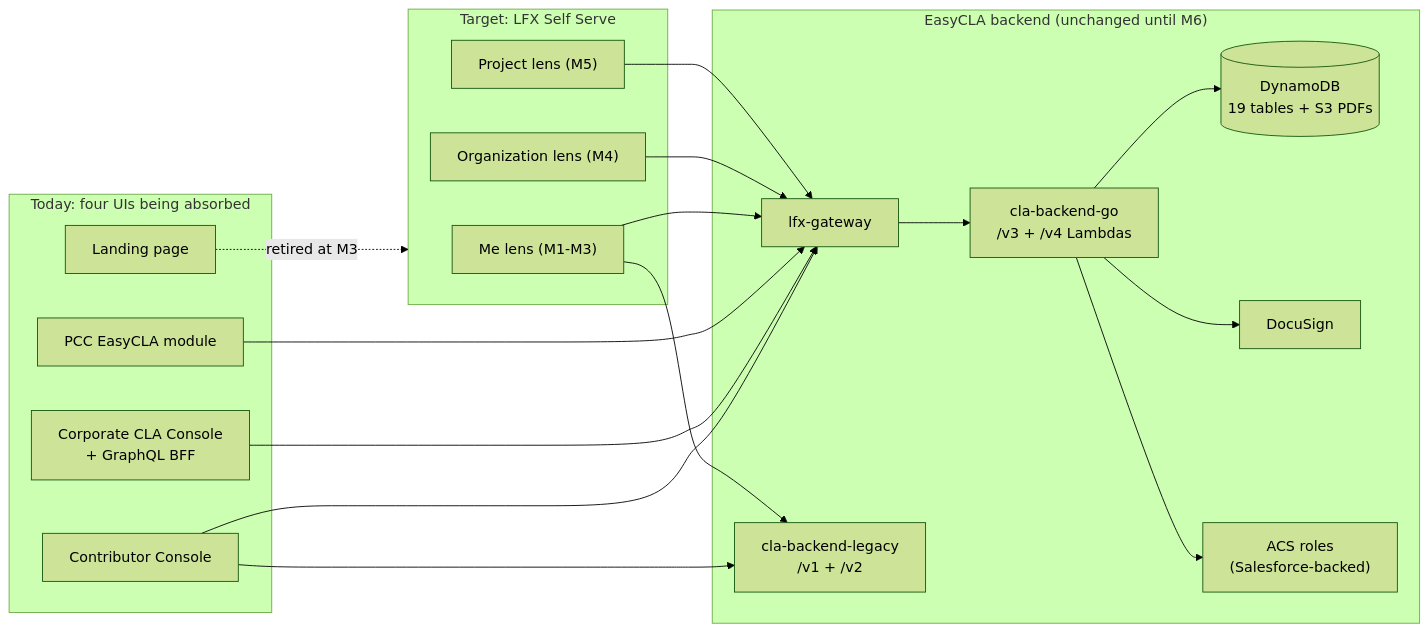
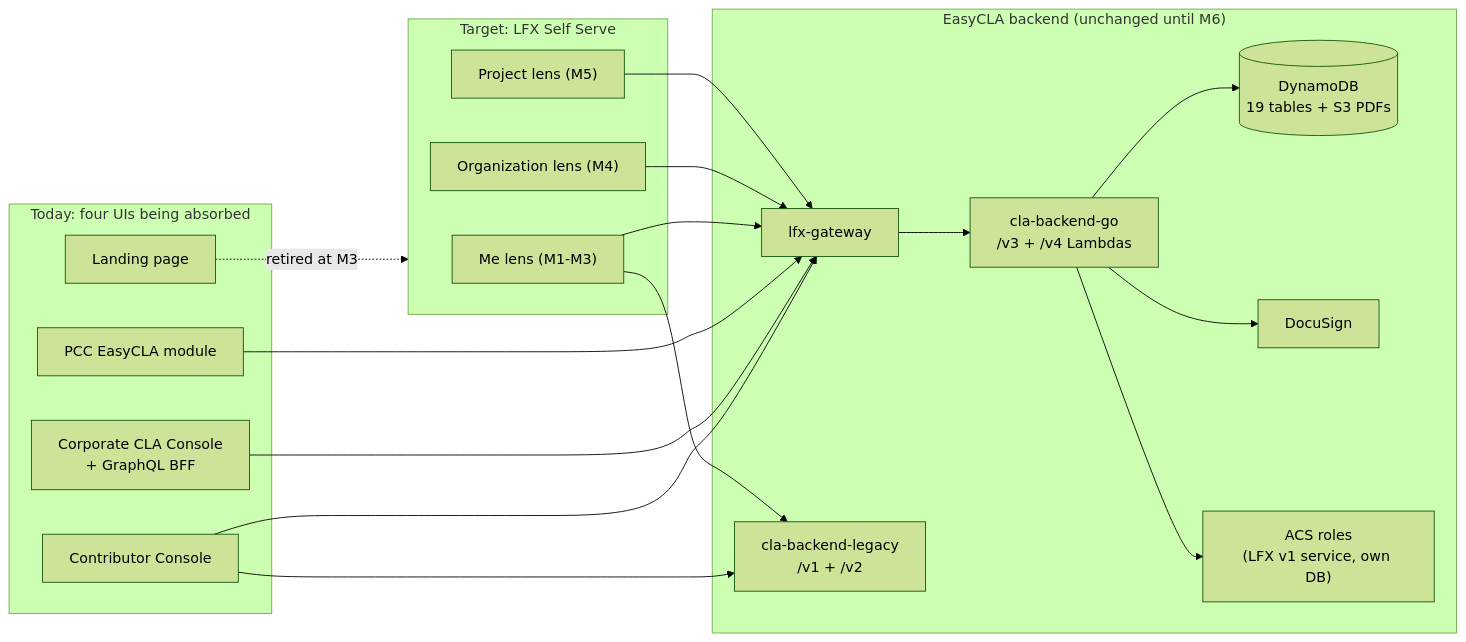
Before and after one commit to linuxfoundation/easycla: the diagram in docs/easycla-ss-migration/architecture-proposal.md, drawn with Mermaid (forest theme). The commit also changed other lines of this file and 4 other files, not shown here.

First line of the commit message:
docs: incorporate architecture review feedback (Eric, 2026-07-20)

````diff
--- a/docs/easycla-ss-migration/architecture-proposal.md
+++ b/docs/easycla-ss-migration/architecture-proposal.md
@@ -15,35 +15,35 @@
 ```mermaid
 flowchart LR
     subgraph TODAY["Today: four UIs being absorbed"]
         CTC["Contributor Console"]
         CCC["Corporate CLA Console<br/>+ GraphQL BFF"]
         PCC["PCC EasyCLA module"]
         LP["Landing page"]
     end
     subgraph TARGET["Target: LFX Self Serve"]
         ME["Me lens (M1-M3)"]
         ORG["Organization lens (M4)"]
         PRJ["Project lens (M5)"]
     end
     subgraph BACKEND["EasyCLA backend (unchanged until M6)"]
         GW["lfx-gateway"]
         V4["cla-backend-go<br/>/v3 + /v4 Lambdas"]
         LEG["cla-backend-legacy<br/>/v1 + /v2"]
         DDB[("DynamoDB<br/>19 tables + S3 PDFs")]
         DS["DocuSign"]
-        ACS2["ACS roles<br/>(Salesforce-backed)"]
+        ACS2["ACS roles<br/>(LFX v1 service, own DB)"]
     end
     CTC --> GW
     CCC --> GW
     PCC --> GW
     ME --> GW
     ORG --> GW
     PRJ --> GW
     CTC --> LEG
     ME --> LEG
     GW --> V4
     V4 --> DDB
     V4 --> DS
     V4 --> ACS2
     LP -.->|"retired at M3"| TARGET
 ```
````
